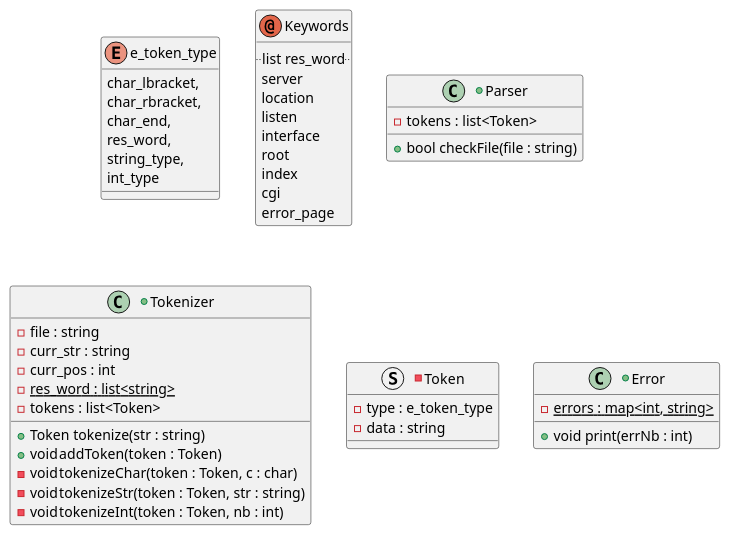
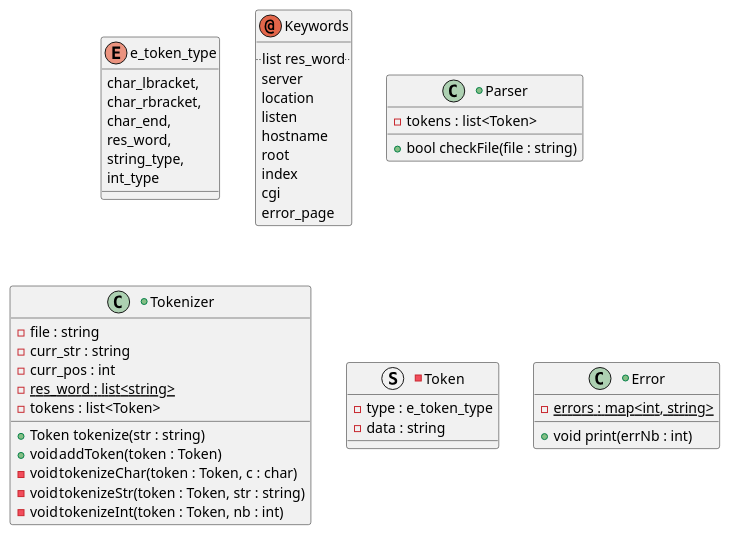
Before and after one commit to alpayet/WebServ: the diagram in diagrams/parsing.puml, drawn with PlantUML. The commit also changed 11 other files, not shown here.

Commit message:
mod interface to hostname

```diff
--- a/diagrams/parsing.puml
+++ b/diagrams/parsing.puml
@@ -1,56 +1,56 @@
 @startuml parsingDiag
 enum e_token_type
 {
 	char_lbracket,
 	char_rbracket,
 	char_end,
 	res_word,
 	string_type,
 	int_type
 }
 
 annotation Keywords
 {
 	..list res_word..
 	server
 	location
 	listen
-	interface
+	hostname
 	root
 	index
 	cgi
 	error_page
 }
 
 +class Parser
 {
 	- tokens : list<Token>
 	+ bool checkFile(file : string)
 }
 
 +class Tokenizer
 {
 	- file : string
 	- curr_str : string
 	- curr_pos : int
 	- {static} res_word : list<string>
 	- tokens : list<Token>
 	+ Token tokenize(str : string)
 	+ void	addToken(token : Token)
 	- void	tokenizeChar(token : Token, c : char)
 	- void	tokenizeStr(token : Token, str : string)
 	- void	tokenizeInt(token : Token, nb : int)
 }
 
 -struct Token
 {
 	- type : e_token_type
 	- data : string
 }
 
 +class Error
 {
 	- {static} errors : map<int, string>
 	+ void print(errNb : int)
 }
 @enduml
```
